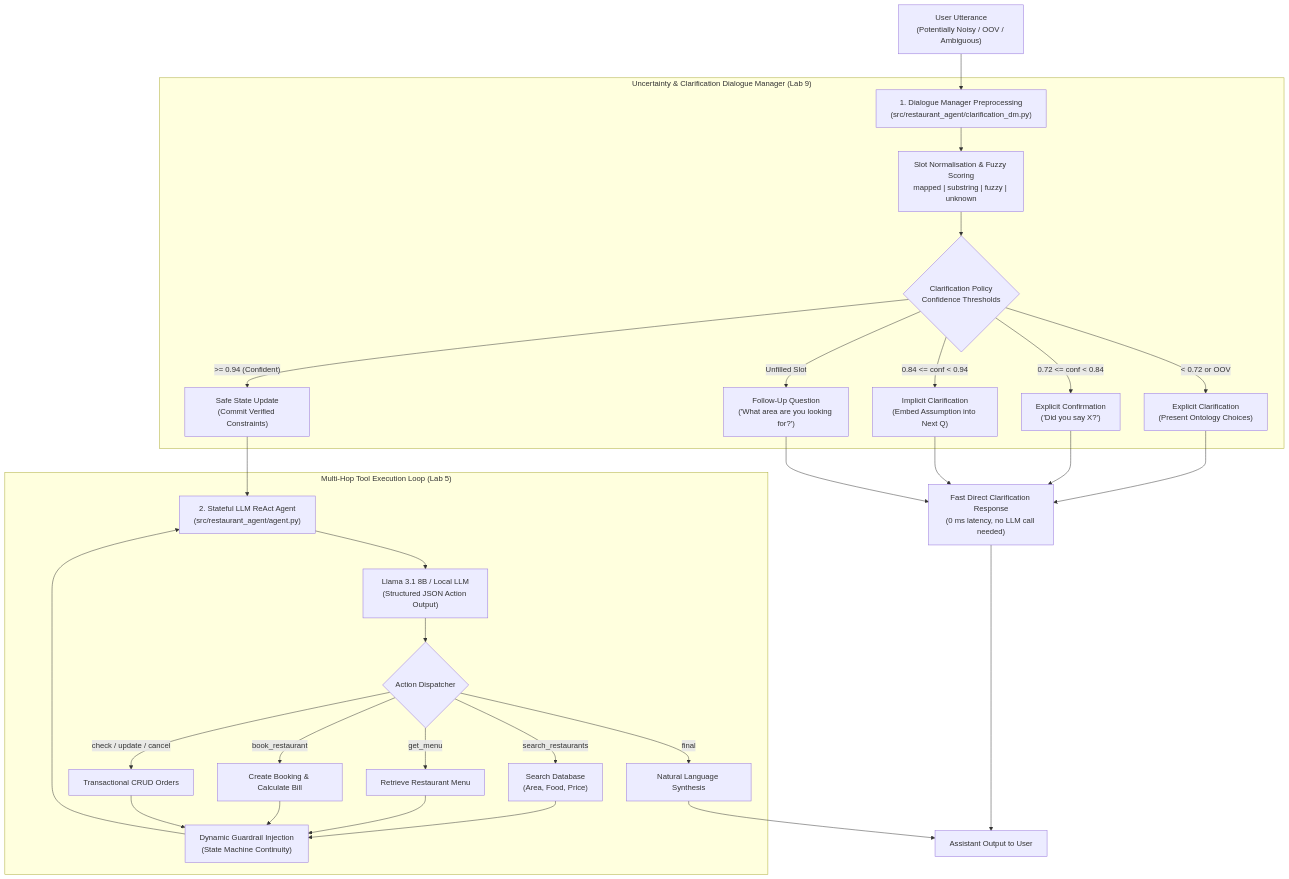
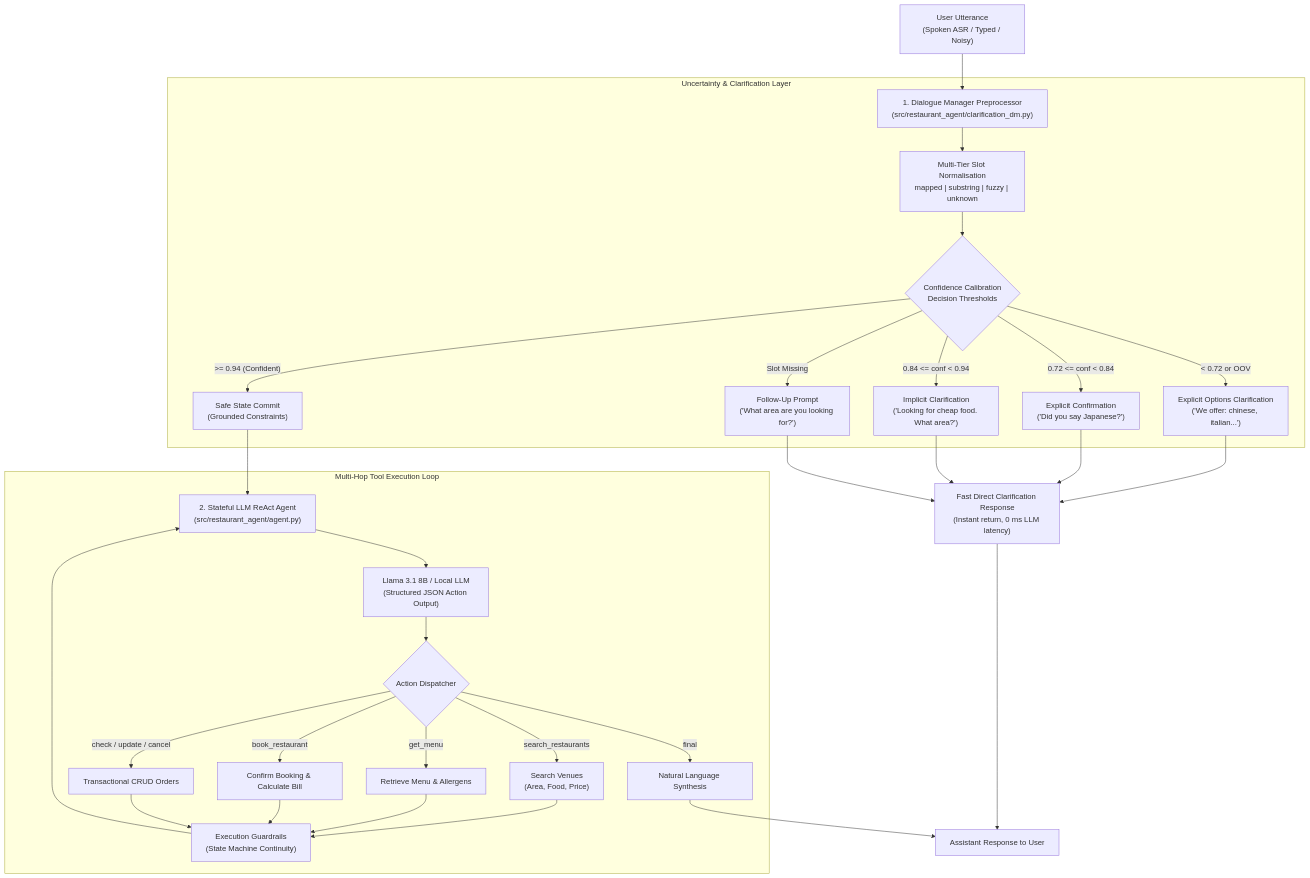
One commit to Ceviche98/llm-restaurant-dialogue-agent changed the diagram in README.md. Above: the diagram before and after it, drawn with Mermaid. The commit also changed other lines of this file and 1 other file, not shown here.

Commit message:
refactor: reorganize documentation structure around progressive agent architecture and updated decision boundaries

````diff
--- a/README.md
+++ b/README.md
@@ -18,33 +100,33 @@
 ```mermaid
 flowchart TD
-    USER["User Utterance<br/>(Potentially Noisy / OOV / Ambiguous)"] --> DM_PRE["1. Dialogue Manager Preprocessing<br/>(src/restaurant_agent/clarification_dm.py)"]
+    USER["User Utterance\n(Spoken ASR / Typed / Noisy)"] --> DM_PRE["1. Dialogue Manager Preprocessor\n(src/restaurant_agent/clarification_dm.py)"]
     
-    subgraph DM["Uncertainty & Clarification Dialogue Manager (Lab 9)"]
-        DM_PRE --> NORM["Slot Normalisation & Fuzzy Scoring<br/>mapped | substring | fuzzy | unknown"]
-        NORM --> POLICY{"Clarification Policy<br/>Confidence Thresholds"}
-        POLICY -->|"< 0.72 or OOV"| EXP_OPT["Explicit Clarification<br/>(Present Ontology Choices)"]
-        POLICY -->|"0.72 <= conf < 0.84"| EXP_CONF["Explicit Confirmation<br/>('Did you say X?')"]
-        POLICY -->|"0.84 <= conf < 0.94"| IMP_CONF["Implicit Clarification<br/>(Embed Assumption into Next Q)"]
-        POLICY -->|"Unfilled Slot"| FOLLOW["Follow-Up Question<br/>('What area are you looking for?')"]
-        POLICY -->|">= 0.94 (Confident)"| SAFE_UPDATE["Safe State Update<br/>(Commit Verified Constraints)"]
+    subgraph DM["Uncertainty & Clarification Layer"]
+        DM_PRE --> NORM["Multi-Tier Slot Normalisation\nmapped | substring | fuzzy | unknown"]
+        NORM --> POLICY{"Confidence Calibration\nDecision Thresholds"}
+        POLICY -->|"< 0.72 or OOV"| EXP_OPT["Explicit Options Clarification\n('We offer: chinese, italian...')"]
+        POLICY -->|"0.72 <= conf < 0.84"| EXP_CONF["Explicit Confirmation\n('Did you say Japanese?')"]
+        POLICY -->|"0.84 <= conf < 0.94"| IMP_CONF["Implicit Clarification\n('Looking for cheap food. What area?')"]
+        POLICY -->|"Slot Missing"| FOLLOW["Follow-Up Prompt\n('What area are you looking for?')"]
+        POLICY -->|">= 0.94 (Confident)"| SAFE_UPDATE["Safe State Commit\n(Grounded Constraints)"]
     end
 
-    EXP_OPT & EXP_CONF & IMP_CONF & FOLLOW --> FAST_RESP["Fast Direct Clarification Response<br/>(0 ms latency, no LLM call needed)"]
-    FAST_RESP --> OUT["Assistant Output to User"]
+    EXP_OPT & EXP_CONF & IMP_CONF & FOLLOW --> FAST_RESP["Fast Direct Clarification Response\n(Instant return, 0 ms LLM latency)"]
+    FAST_RESP --> OUT["Assistant Response to User"]
 
-    SAFE_UPDATE --> AGENT["2. Stateful LLM ReAct Agent<br/>(src/restaurant_agent/agent.py)"]
+    SAFE_UPDATE --> AGENT["2. Stateful LLM ReAct Agent\n(src/restaurant_agent/agent.py)"]
 
-    subgraph LLM_LOOP["Multi-Hop Tool Execution Loop (Lab 5)"]
-        AGENT --> LLM["Llama 3.1 8B / Local LLM<br/>(Structured JSON Action Output)"]
+    subgraph LLM_LOOP["Multi-Hop Tool Execution Loop"]
+        AGENT --> LLM["Llama 3.1 8B / Local LLM\n(Structured JSON Action Output)"]
         LLM --> DISPATCH{"Action Dispatcher"}
-        DISPATCH -->|"search_restaurants"| DB_SEARCH["Search Database<br/>(Area, Food, Price)"]
-        DISPATCH -->|"get_menu"| DB_MENU["Retrieve Restaurant Menu"]
-        DISPATCH -->|"book_restaurant"| DB_BOOK["Create Booking & Calculate Bill"]
+        DISPATCH -->|"search_restaurants"| DB_SEARCH["Search Venues\n(Area, Food, Price)"]
+        DISPATCH -->|"get_menu"| DB_MENU["Retrieve Menu & Allergens"]
+        DISPATCH -->|"book_restaurant"| DB_BOOK["Confirm Booking & Calculate Bill"]
         DISPATCH -->|"check / update / cancel"| DB_ORDER["Transactional CRUD Orders"]
         DISPATCH -->|"final"| FINAL["Natural Language Synthesis"]
-        DB_SEARCH & DB_MENU & DB_BOOK & DB_ORDER --> GUARDRAILS["Dynamic Guardrail Injection<br/>(State Machine Continuity)"]
+        DB_SEARCH & DB_MENU & DB_BOOK & DB_ORDER --> GUARDRAILS["Execution Guardrails\n(State Machine Continuity)"]
         GUARDRAILS --> AGENT
     end
 
     FINAL --> OUT
 ```
````
